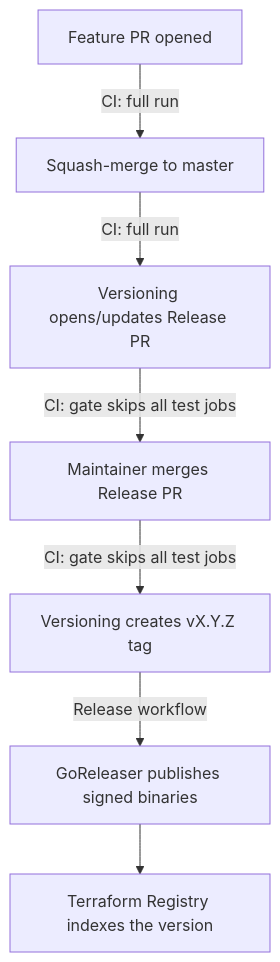
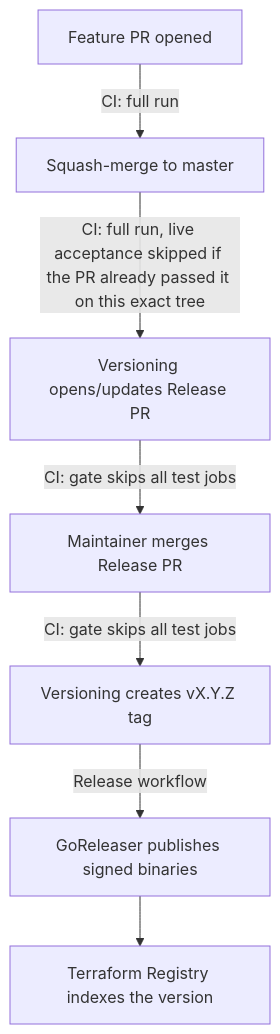
One commit to namecheap/terraform-provider-namecheap changed the diagram in CI.md. Above: the diagram before and after it, drawn with Mermaid. The commit also changed other lines of this file and 1 other file, not shown here.

First line of the commit message:
ci: skip post-merge live acceptance when the PR already passed it on the same tree (#364)

````diff
--- a/CI.md
+++ b/CI.md
@@ -25,9 +25,9 @@
 ```mermaid
 flowchart TD
     A[Feature PR opened] -->|CI: full run| B[Squash-merge to master]
-    B -->|CI: full run| C[Versioning opens/updates Release PR]
+    B -->|CI: full run, live acceptance skipped if the PR already passed it on this exact tree| C[Versioning opens/updates Release PR]
     C -->|CI: gate skips all test jobs| D[Maintainer merges Release PR]
     D -->|CI: gate skips all test jobs| E[Versioning creates vX.Y.Z tag]
     E -->|Release workflow| F[GoReleaser publishes signed binaries]
     F --> G[Terraform Registry indexes the version]
 ```
````
